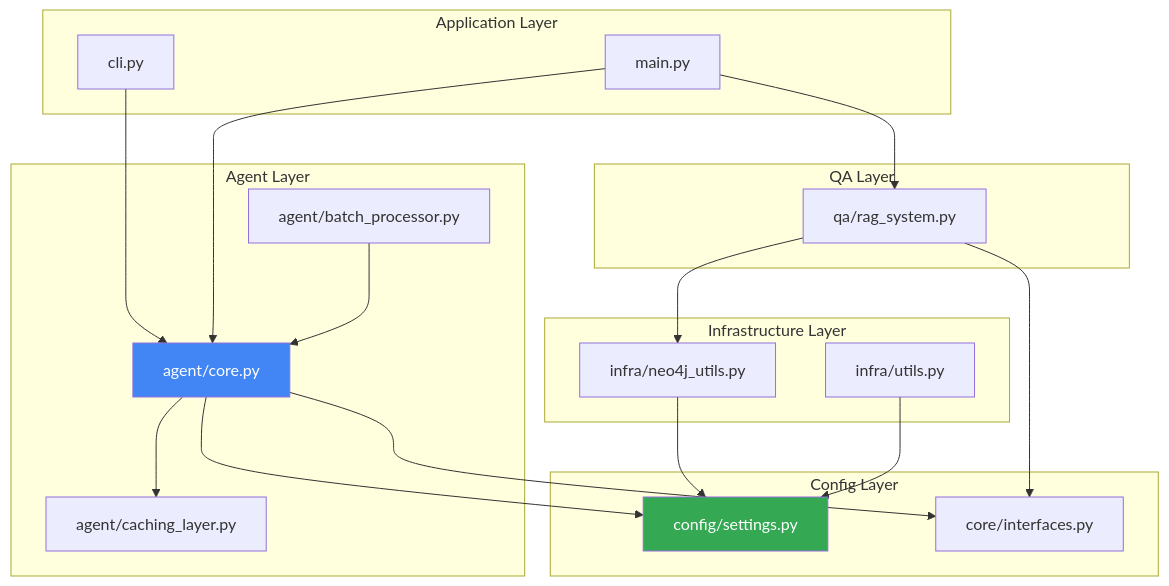
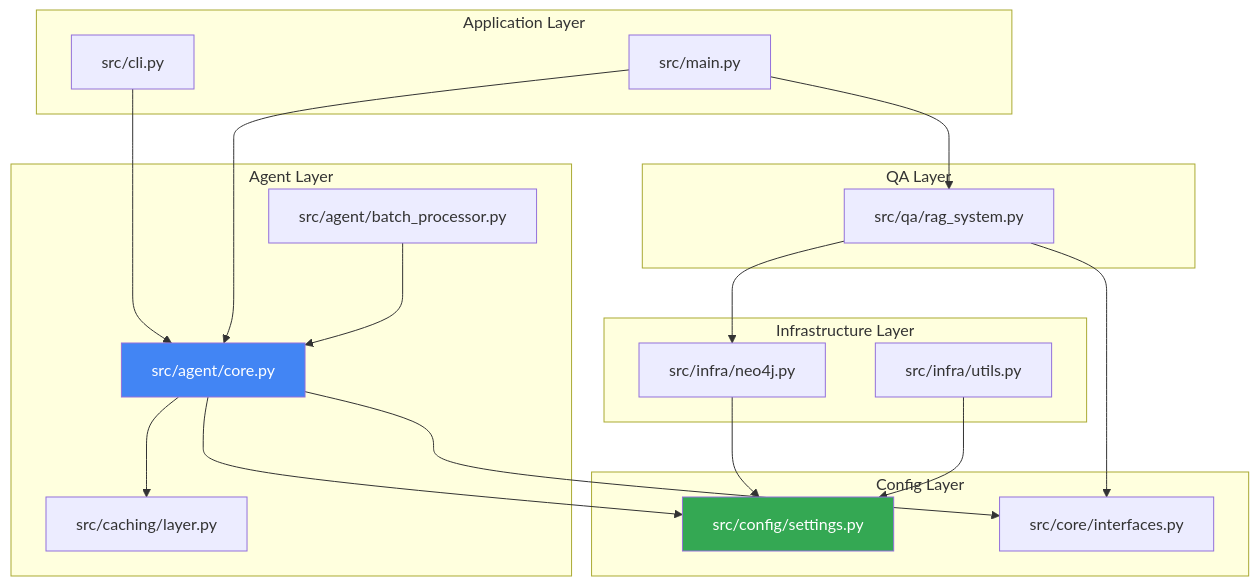
Before and after one commit to hamtoy/Test: the diagram in docs/architecture/component_dependencies.md, drawn with Mermaid.

Commit message:
Fix file paths in component_dependencies.md diagram

````diff
--- a/docs/architecture/component_dependencies.md
+++ b/docs/architecture/component_dependencies.md
@@ -3,46 +3,46 @@
 ```mermaid
 graph TD
     subgraph "Application Layer"
-        CLI[cli.py]
-        API[main.py]
+        CLI[src/cli.py]
+        Main[src/main.py]
     end
     
     subgraph "Agent Layer"
-        Core[agent/core.py]
-        Batch[agent/batch_processor.py]
-        Cache[agent/caching_layer.py]
+        Core[src/agent/core.py]
+        Batch[src/agent/batch_processor.py]
+        Cache[src/caching/layer.py]
     end
     
     subgraph "QA Layer"
-        RAG[qa/rag_system.py]
+        RAG[src/qa/rag_system.py]
     end
     
     subgraph "Infrastructure Layer"
-        Neo4jUtil[infra/neo4j_utils.py]
-        Utils[infra/utils.py]
+        Neo4jUtil[src/infra/neo4j.py]
+        Utils[src/infra/utils.py]
     end
     
     subgraph "Config Layer"
-        Settings[config/settings.py]
-        Interfaces[core/interfaces.py]
+        Settings[src/config/settings.py]
+        Interfaces[src/core/interfaces.py]
     end
     
     CLI --> Core
-    API --> Core
-    API --> RAG
+    Main --> Core
+    Main --> RAG
     
     Core --> Cache
     Core --> Settings
     Batch --> Core
     
     RAG --> Neo4jUtil
     RAG --> Interfaces
     
     Neo4jUtil --> Settings
     Utils --> Settings
     
     Core --> Interfaces
     
     style Core fill:#4285f4,color:#fff
     style Settings fill:#34a853,color:#fff
 ```
````
